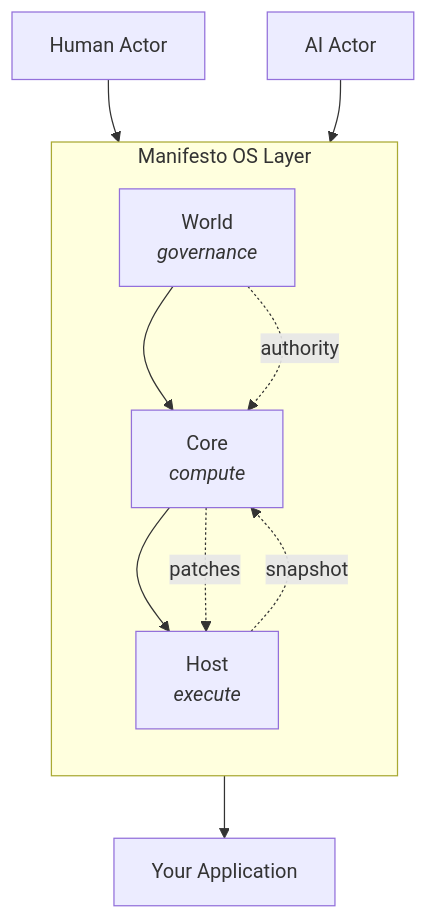
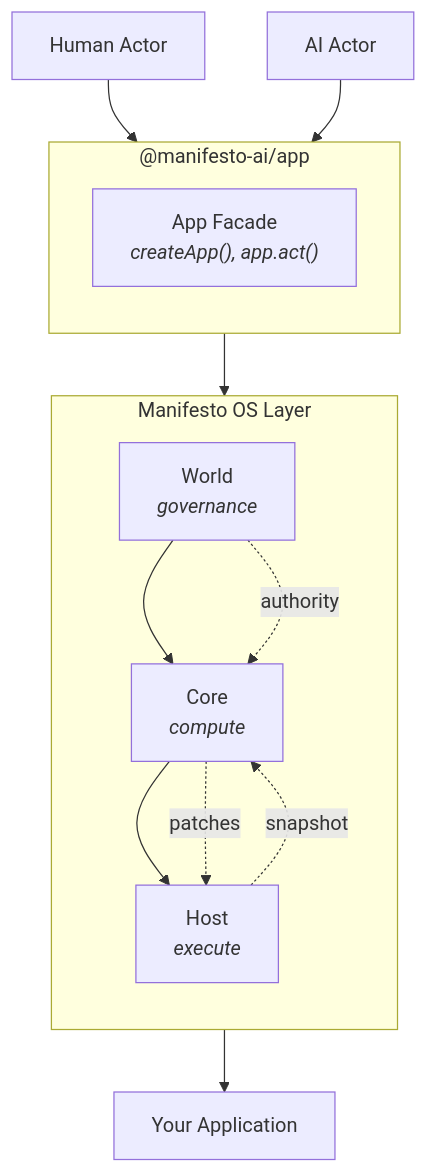
The diagram in README.md (manifesto-ai/core), drawn with Mermaid before and after one commit. The commit also changed other lines of this file, not shown here.

Commit message:
docs: add @manifesto-ai/app to architecture diagram (#80)
- Show App Facade as the entry point above World/Core/Host
- Human and AI actors now interact through app.act()
- Add @manifesto-ai/app to layer responsibility table

````diff
--- a/README.md
+++ b/README.md
@@ -80,24 +80,30 @@
 ```mermaid
 flowchart TB
     Human[Human Actor]
     AI[AI Actor]
+
+    subgraph AppLayer["@manifesto-ai/app"]
+        direction TB
+        AppFacade["App Facade<br/><i>createApp(), app.act()</i>"]
+    end
 
     subgraph Manifesto["Manifesto OS Layer"]
         direction TB
         World["World<br/><i>governance</i>"]
         Core["Core<br/><i>compute</i>"]
         Host["Host<br/><i>execute</i>"]
     end
 
-    App[Your Application]
+    YourApp[Your Application]
 
-    Human --> World
-    AI --> World
+    Human --> AppFacade
+    AI --> AppFacade
+    AppFacade --> World
     World --> Core
     Core --> Host
-    Host --> App
+    Host --> YourApp
 
     Core -.->|"patches"| Host
     Host -.->|"snapshot"| Core
     World -.->|"authority"| Core
 ```
````
